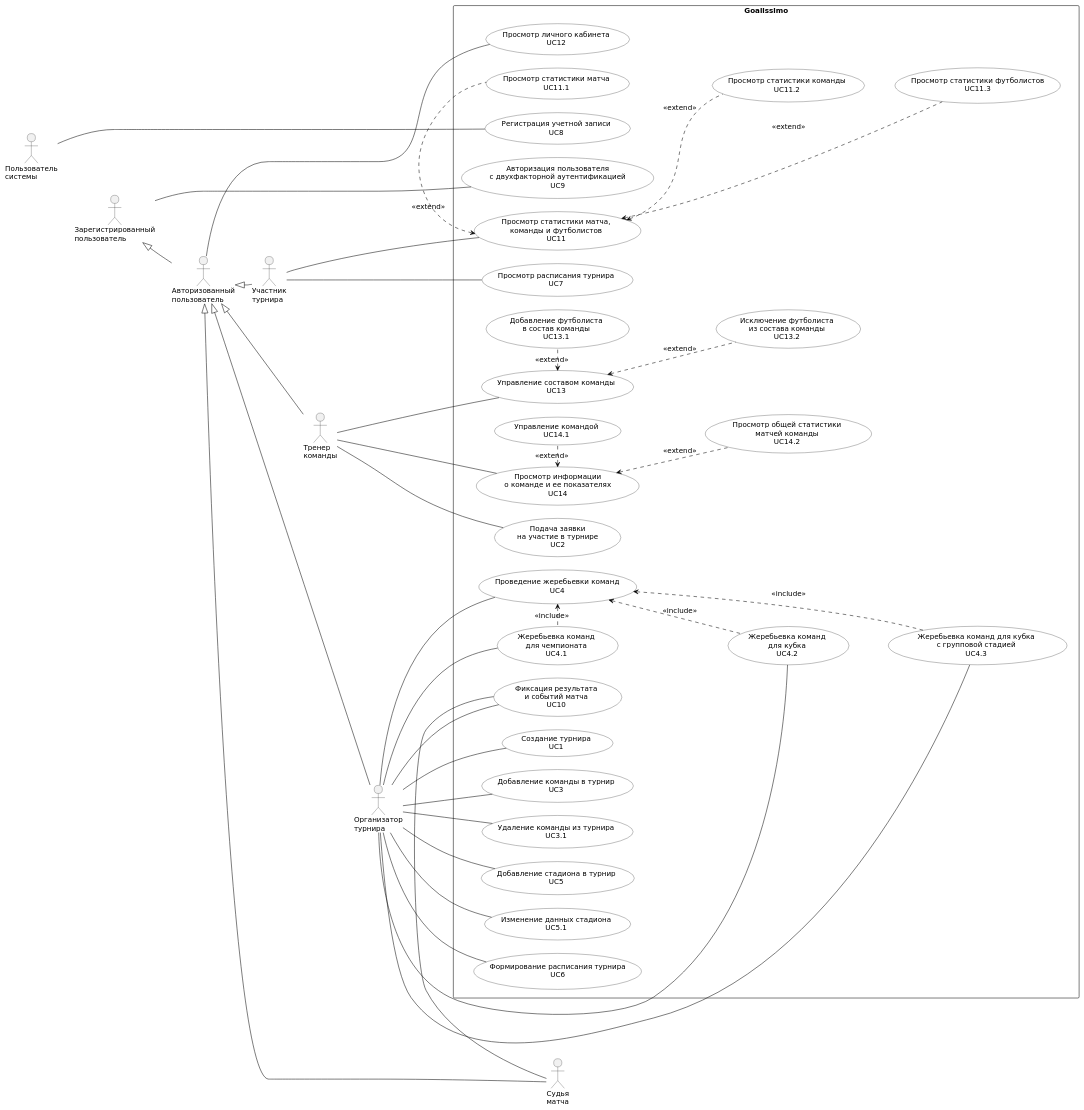
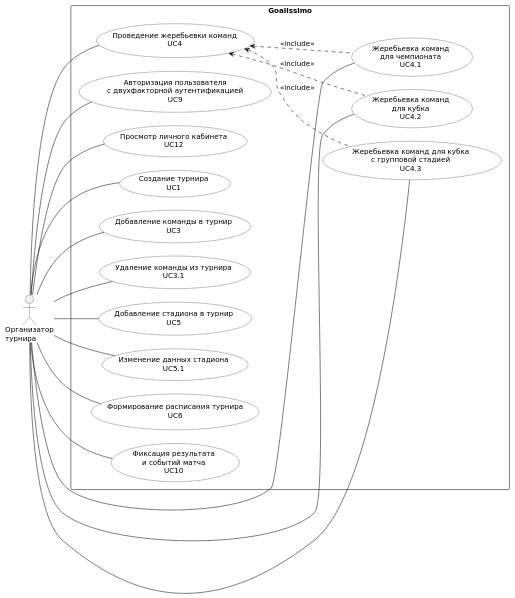
One commit to vodobryshkin/is-course-work-0 changed the sixth of 8 diagrams in us.puml. Above: the diagram before and after it, drawn with PlantUML. The commit also changed other lines of this file and 10 other files, not shown here.

Commit message:
Исправил диаграмму и добавил по диаграмме на каждую роль

```diff
--- a/us.puml
+++ b/us.puml
@@ -1,147 +213,64 @@
 @startuml
 title ""
 
 left to right direction
 
 skinparam packageStyle rectangle
 skinparam shadowing false
 skinparam actorStyle stickman
 skinparam defaultFontName "DejaVu Sans"
 skinparam defaultFontSize 14
 skinparam nodesep 26
 skinparam ranksep 32
 
 skinparam usecase {
     BackgroundColor White
     BorderColor Black
     ArrowColor Black
 }
 
 skinparam rectangle {
     BackgroundColor White
     BorderColor Black
 }
 
-actor "Пользователь\nсистемы" as User
-actor "Зарегистрированный\nпользователь" as RegisteredUser
-actor "Авторизованный\nпользователь" as AuthorizedUser
-actor "Участник\nтурнира" as Participant
-actor "Тренер\nкоманды" as Coach
 actor "Организатор\nтурнира" as Organizer
-actor "Судья\nматча" as Referee
-
-AuthorizedUser -up-|> RegisteredUser
-
-Participant -up-|> AuthorizedUser
-Coach -up-|> AuthorizedUser
-Organizer -up-|> AuthorizedUser
-Referee -up-|> AuthorizedUser
 
 rectangle "Goalissimo" {
-
-    usecase "Регистрация учетной записи\nUC8" as UC8
     usecase "Авторизация пользователя\nс двухфакторной аутентификацией\nUC9" as UC9
     usecase "Просмотр личного кабинета\nUC12" as UC12
-
-    usecase "Просмотр расписания турнира\nUC7" as UC7
-
-    together {
-        usecase "Просмотр статистики матча,\nкоманды и футболистов\nUC11" as UC11
-        usecase "Просмотр статистики матча\nUC11.1" as UC11_1
-        usecase "Просмотр статистики команды\nUC11.2" as UC11_2
-        usecase "Просмотр статистики футболистов\nUC11.3" as UC11_3
-    }
-
-    usecase "Подача заявки\nна участие в турнире\nUC2" as UC2
-
-    together {
-        usecase "Управление составом команды\nUC13" as UC13
-        usecase "Добавление футболиста\nв состав команды\nUC13.1" as UC13_1
-        usecase "Исключение футболиста\nиз состава команды\nUC13.2" as UC13_2
-    }
-
-    together {
-        usecase "Просмотр информации\nо команде и ее показателях\nUC14" as UC14
-        usecase "Управление командой\nUC14.1" as UC14_1
-        usecase "Просмотр общей статистики\nматчей команды\nUC14.2" as UC14_2
-    }
-
     usecase "Создание турнира\nUC1" as UC1
     usecase "Добавление команды в турнир\nUC3" as UC3
     usecase "Удаление команды из турнира\nUC3.1" as UC3_1
-
-    together {
-        usecase "Проведение жеребьевки команд\nUC4" as UC4
-        usecase "Жеребьевка команд\nдля чемпионата\nUC4.1" as UC4_1
-        usecase "Жеребьевка команд\nдля кубка\nUC4.2" as UC4_2
-        usecase "Жеребьевка команд для кубка\nс групповой стадией\nUC4.3" as UC4_3
-    }
-
+    usecase "Проведение жеребьевки команд\nUC4" as UC4
+    usecase "Жеребьевка команд\nдля чемпионата\nUC4.1" as UC4_1
+    usecase "Жеребьевка команд\nдля кубка\nUC4.2" as UC4_2
+    usecase "Жеребьевка команд для кубка\nс групповой стадией\nUC4.3" as UC4_3
     usecase "Добавление стадиона в турнир\nUC5" as UC5
     usecase "Изменение данных стадиона\nUC5.1" as UC5_1
     usecase "Формирование расписания турнира\nUC6" as UC6
     usecase "Фиксация результата\nи событий матча\nUC10" as UC10
 }
 
-User -- UC8
-RegisteredUser -- UC9
-AuthorizedUser -- UC12
-
-Participant -- UC7
-Participant -- UC11
-
-Coach -- UC2
-Coach -- UC13
-Coach -- UC14
-
+Organizer -- UC9
+Organizer -- UC12
 Organizer -- UC1
 Organizer -- UC3
 Organizer -- UC3_1
 Organizer -- UC4
 Organizer -- UC4_1
 Organizer -- UC4_2
 Organizer -- UC4_3
 Organizer -- UC5
 Organizer -- UC5_1
 Organizer -- UC6
 Organizer -- UC10
 
-Referee -- UC10
+UC4_1 .up.> UC4 : <<include>>
+UC4_2 .up.> UC4 : <<include>>
+UC4_3 .up.> UC4 : <<include>>
 
-UC4_1 .left.> UC4 : <<include>>
-UC4_2 .left.> UC4 : <<include>>
-UC4_3 .left.> UC4 : <<include>>
-
-UC11_1 .left.> UC11 : <<extend>>
-UC11_2 .left.> UC11 : <<extend>>
-UC11_3 .left.> UC11 : <<extend>>
-
-UC13_1 .left.> UC13 : <<extend>>
-UC13_2 .left.> UC13 : <<extend>>
-
-UC14_1 .left.> UC14 : <<extend>>
-UC14_2 .left.> UC14 : <<extend>>
-
-' Только расположение элементов.
-UC11 -[hidden]right-> UC11_1
-UC11_1 -[hidden]down-> UC11_2
-UC11_2 -[hidden]down-> UC11_3
-
-UC13 -[hidden]right-> UC13_1
-UC13_1 -[hidden]down-> UC13_2
-
-UC14 -[hidden]right-> UC14_1
-UC14_1 -[hidden]down-> UC14_2
-
-UC4 -[hidden]right-> UC4_1
-UC4_1 -[hidden]down-> UC4_2
-UC4_2 -[hidden]down-> UC4_3
-
-User -[hidden]down-> RegisteredUser
-RegisteredUser -[hidden]down-> AuthorizedUser
-AuthorizedUser -[hidden]down-> Participant
-Participant -[hidden]down-> Coach
-Coach -[hidden]down-> Organizer
-Organizer -[hidden]down-> Referee
-
+UC4 -[hidden]down-> UC4_1
+UC4_1 -[hidden]right-> UC4_2
+UC4_2 -[hidden]right-> UC4_3
 @enduml
```
